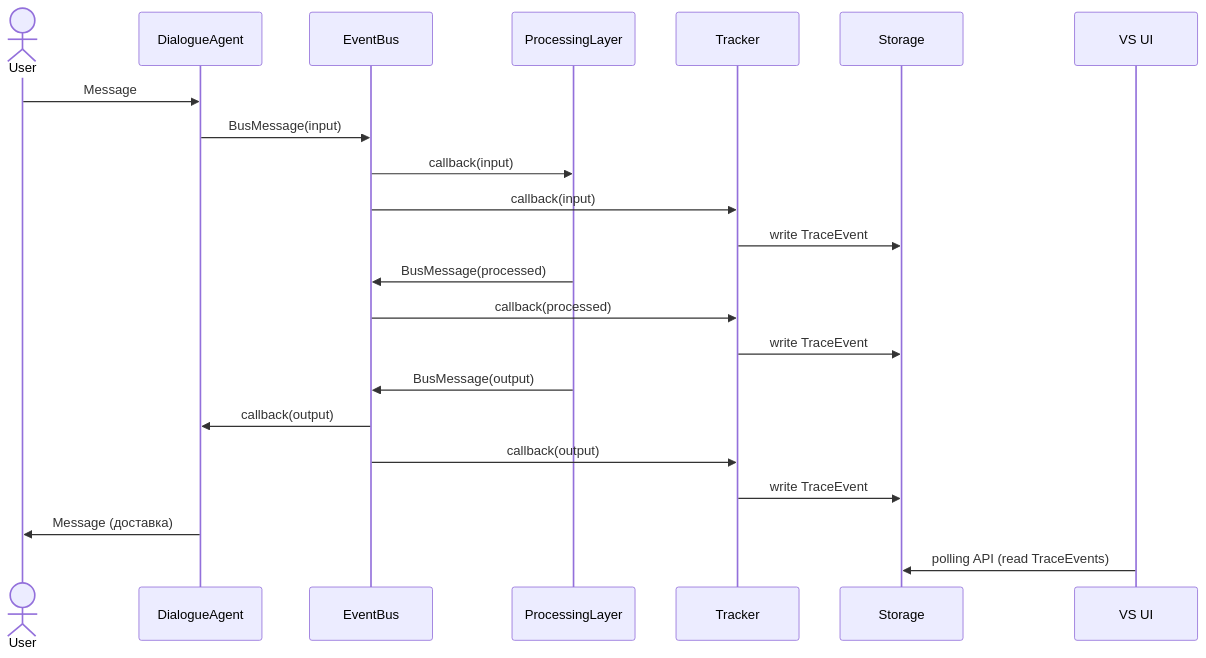
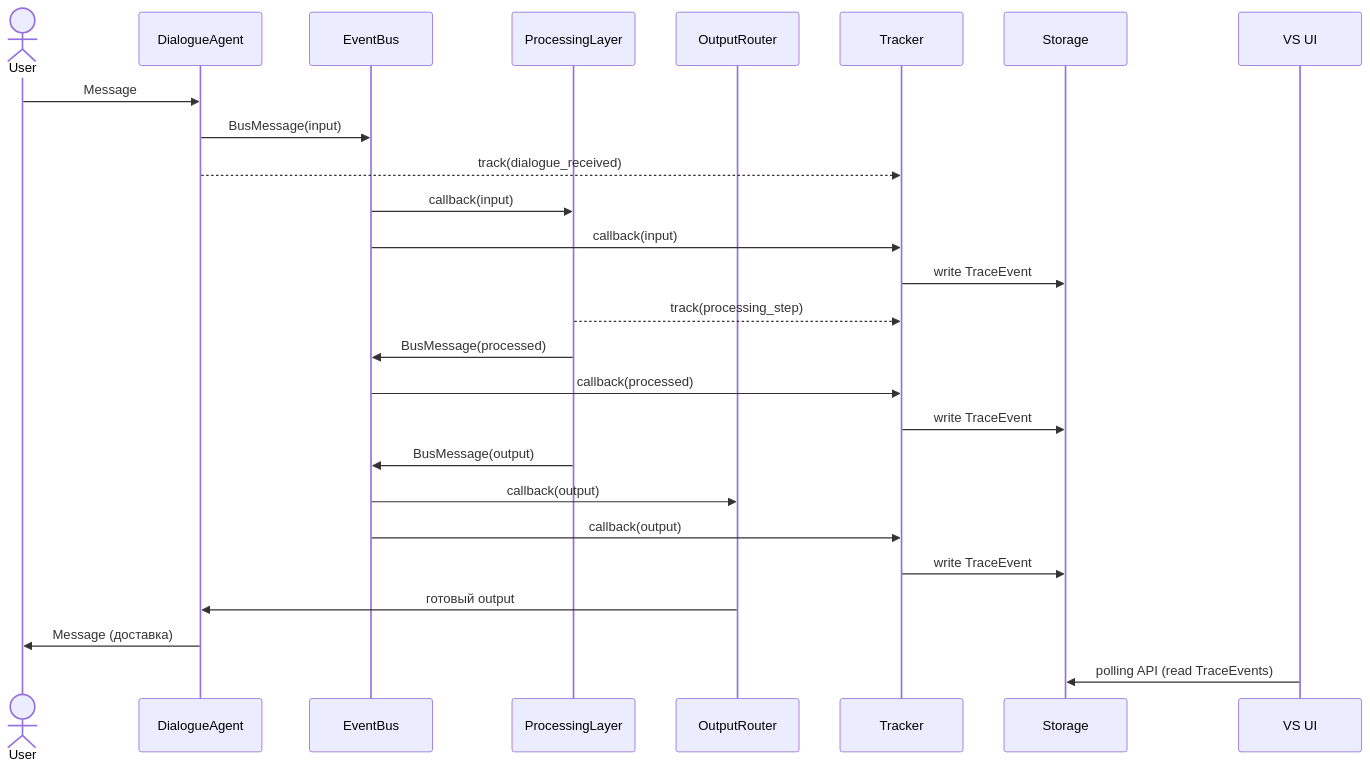
Before and after one commit to Dieugene/team-assistant: the third of 3 diagrams in 00_docs/architecture/core/components.md, drawn with Mermaid. The commit also changed other lines of this file, not shown here.

````diff
--- a/00_docs/architecture/core/components.md
+++ b/00_docs/architecture/core/components.md
@@ -252,29 +278,33 @@
 ```mermaid
 sequenceDiagram
     actor User
     participant DA as DialogueAgent
     participant EB as EventBus
     participant PL as ProcessingLayer
+    participant OR as OutputRouter
     participant TR as Tracker
     participant ST as Storage
     participant VSUI as VS UI
 
     User ->> DA: Message
     DA ->> EB: BusMessage(input)
+    DA -->> TR: track(dialogue_received)
     EB ->> PL: callback(input)
     EB ->> TR: callback(input)
     TR ->> ST: write TraceEvent
 
+    PL -->> TR: track(processing_step)
     PL ->> EB: BusMessage(processed)
     EB ->> TR: callback(processed)
     TR ->> ST: write TraceEvent
 
     PL ->> EB: BusMessage(output)
-    EB ->> DA: callback(output)
+    EB ->> OR: callback(output)
     EB ->> TR: callback(output)
     TR ->> ST: write TraceEvent
 
+    OR ->> DA: готовый output
     DA ->> User: Message (доставка)
 
     VSUI ->> ST: polling API (read TraceEvents)
 ```
````
